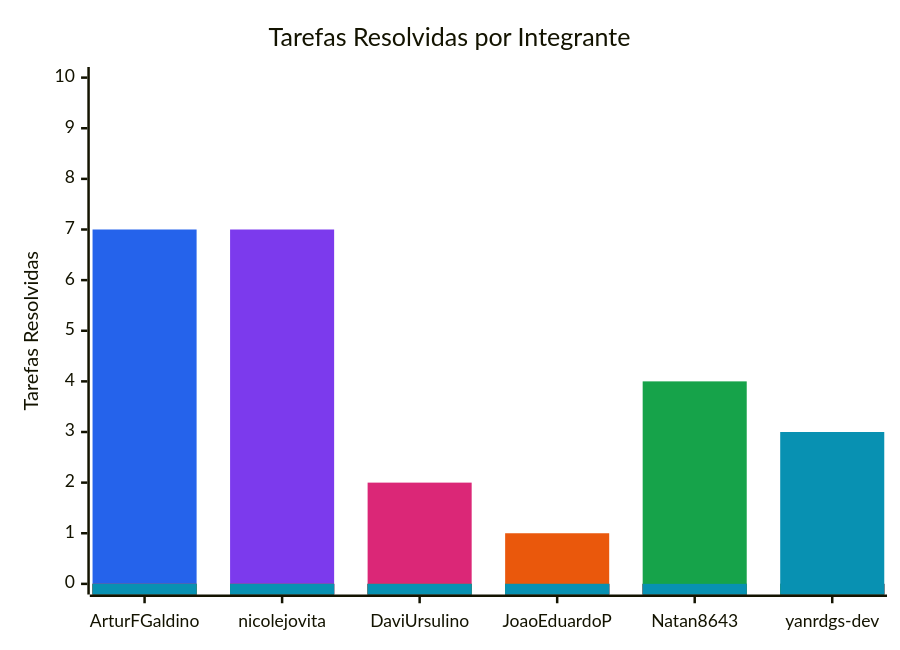
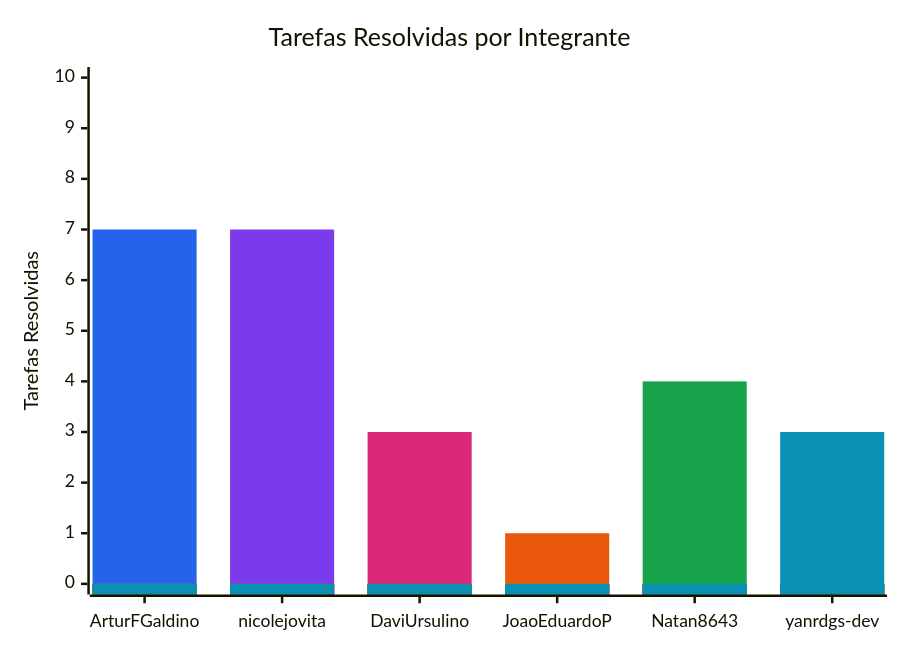
Before and after one commit to FCTE-Qualidade-de-Software-1/2026-2_T02_KAY_MCNULTY: the diagram in snippets/resolved-issues.mmd, drawn with Mermaid. The commit also changed 9 other files, not shown here.

```diff
--- a/snippets/resolved-issues.mmd
+++ b/snippets/resolved-issues.mmd
@@ -1,11 +1,11 @@
 %%{init: {"themeVariables": {"xyChart": {"plotColorPalette": "#2563eb, #7c3aed, #db2777, #ea580c, #16a34a, #0891b2"}}}}%%
 xychart-beta
     title "Tarefas Resolvidas por Integrante"
     x-axis ["ArturFGaldino", "nicolejovita", "DaviUrsulino", "JoaoEduardoP", "Natan8643", "yanrdgs-dev"]
     y-axis "Tarefas Resolvidas" 0 --> 10
     bar [7, 0, 0, 0, 0, 0]
     bar [0, 7, 0, 0, 0, 0]
-    bar [0, 0, 2, 0, 0, 0]
+    bar [0, 0, 3, 0, 0, 0]
     bar [0, 0, 0, 1, 0, 0]
     bar [0, 0, 0, 0, 4, 0]
     bar [0, 0, 0, 0, 0, 3]
```
